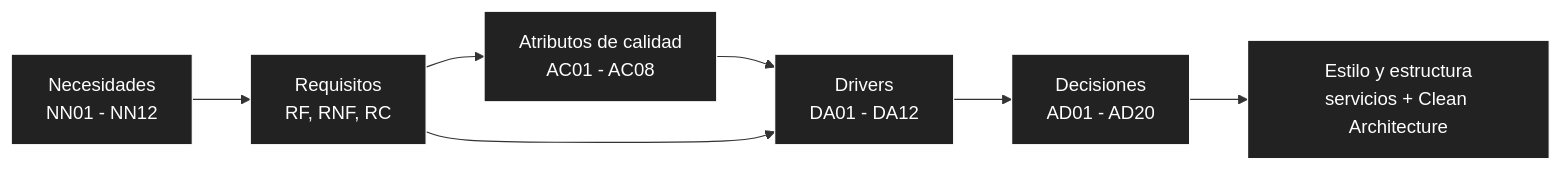
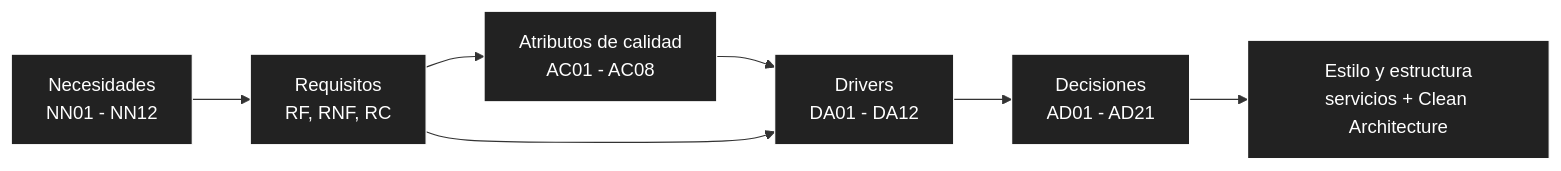
The diagram in docs/04-drivers-arquitectonicos.md (P35C4D0R4B1050/BabelHub), drawn with Mermaid before and after one commit. The commit also changed 3 other files, not shown here.

````diff
--- a/docs/04-drivers-arquitectonicos.md
+++ b/docs/04-drivers-arquitectonicos.md
@@ -7,16 +7,16 @@
 ```mermaid
 flowchart LR
 NN["Necesidades<br/>NN01 - NN12"] --> REQ["Requisitos<br/>RF, RNF, RC"]
 REQ --> AC["Atributos de calidad<br/>AC01 - AC08"]
 AC --> DA["Drivers<br/>DA01 - DA12"]
 REQ --> DA
-DA --> AD["Decisiones<br/>AD01 - AD20"]
+DA --> AD["Decisiones<br/>AD01 - AD21"]
 AD --> EST["Estilo y estructura<br/>servicios + Clean Architecture"]
 
 style NN fill:#222,stroke:#fff,color:#fff
 style REQ fill:#222,stroke:#fff,color:#fff
 style AC fill:#222,stroke:#fff,color:#fff
 style DA fill:#222,stroke:#fff,color:#fff
 style AD fill:#222,stroke:#fff,color:#fff
 style EST fill:#222,stroke:#fff,color:#fff
 ```
````
